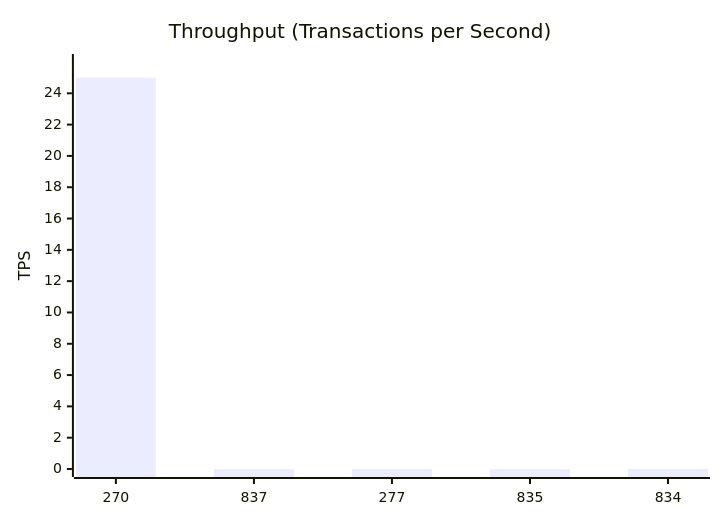
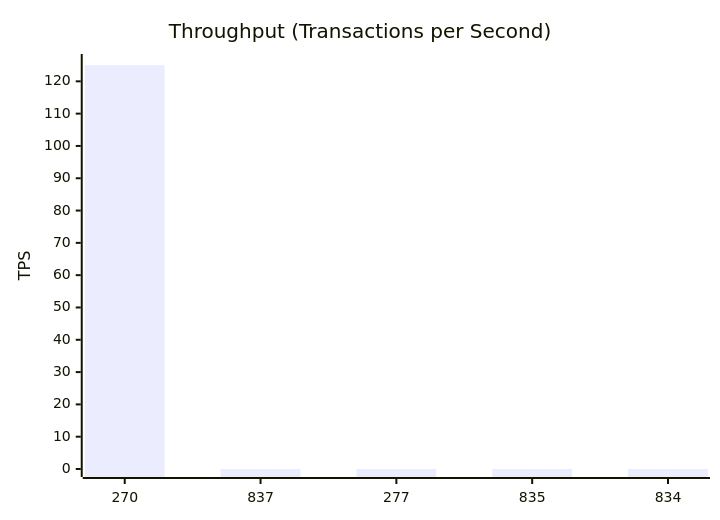
One commit to dhagan-va/intern-2025 changed the second of 10 diagrams in test-tools/DataGen/src/Statistics_Visualizer.md. Above: the diagram before and after it, drawn with Mermaid. The commit also changed other lines of this file and 3 other files, not shown here.

````diff
--- a/test-tools/DataGen/src/Statistics_Visualizer.md
+++ b/test-tools/DataGen/src/Statistics_Visualizer.md
@@ -30,7 +30,7 @@
 ```mermaid
 xychart-beta
     title "Throughput (Transactions per Second)"
     x-axis ["270", "837", "277", "835", "834"]
-    y-axis "TPS" 0 --> 25.999375015624608
-    bar [24.999375015624608, 0.0, 0.0, 0.0, 0.0]
+    y-axis "TPS" 0 --> 125.9843769528809
+    bar [124.9843769528809, 0.0, 0.0, 0.0, 0.0]
 ```
````
